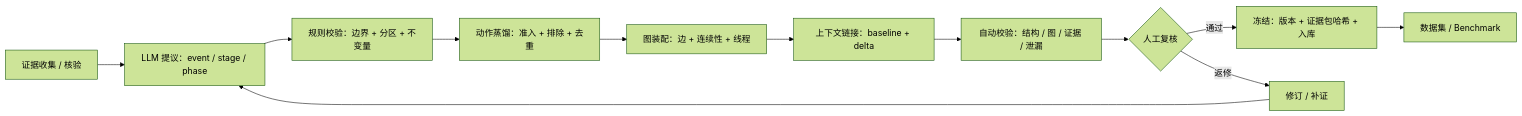
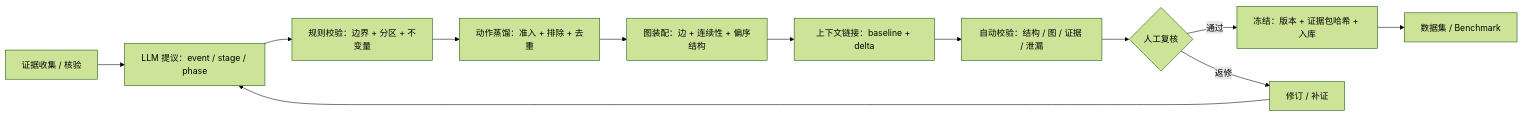
The first of 2 diagrams in docs/structures/6-production-review-and-validation.md (AgenticFinLab/FinMycelium), drawn with Mermaid (forest theme) before and after one commit. The commit also changed 5 other files, not shown here.

First line of the commit message:
docs: formalize PBG action graph and phase-layer structure

````diff
--- a/docs/structures/6-production-review-and-validation.md
+++ b/docs/structures/6-production-review-and-validation.md
@@ -10,14 +10,14 @@
 ```mermaid
 flowchart LR
     A["证据收集 / 核验"] --> B["LLM 提议：event / stage / phase"]
     B --> C["规则校验：边界 + 分区 + 不变量"]
     C --> D["动作蒸馏：准入 + 排除 + 去重"]
-    D --> E["图装配：边 + 连续性 + 线程"]
+    D --> E["图装配：边 + 连续性 + 偏序结构"]
     E --> F["上下文链接：baseline + delta"]
     F --> G["自动校验：结构 / 图 / 证据 / 泄漏"]
     G --> H{"人工复核"}
     H -->|通过| I["冻结：版本 + 证据包哈希 + 入库"]
     H -->|返修| J["修订 / 补证"]
     J --> B
     I --> K["数据集 / Benchmark"]
 ```
````
